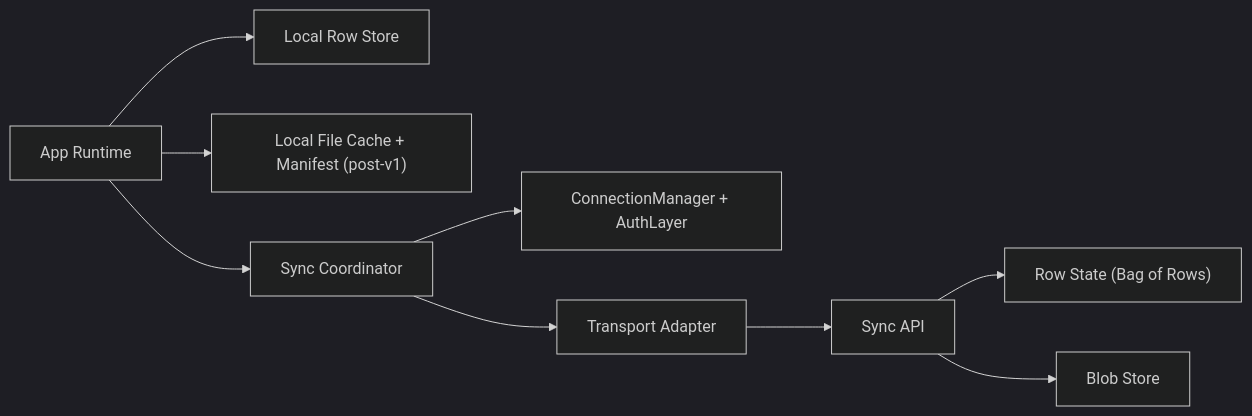
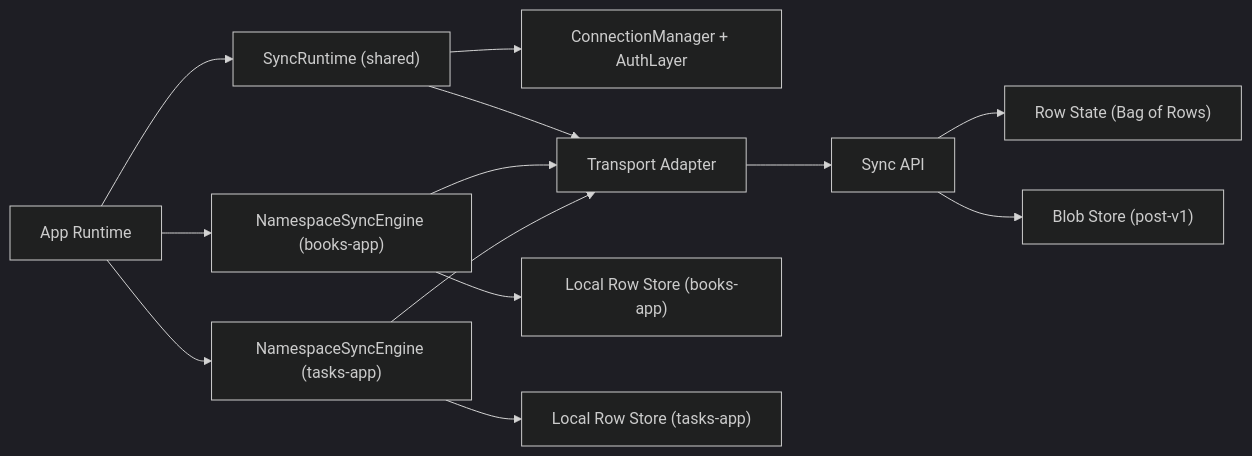
One commit to zsh-eng/sync-engine changed the diagram in docs/RFC-0001-sync-engine-core-architecture.md. Above: the diagram before and after it, drawn with Mermaid (dark theme). The commit also changed other lines of this file, not shown here.

Commit message:
Update RFC to reflect row store handling

````diff
--- a/docs/RFC-0001-sync-engine-core-architecture.md
+++ b/docs/RFC-0001-sync-engine-core-architecture.md
@@ -84,11 +84,15 @@
 ```mermaid
 flowchart LR
-  A["App Runtime"] --> B["Local Row Store"]
-  A --> C["Local File Cache + Manifest (post-v1)"]
-  A --> D["Sync Coordinator"]
-  D --> E["ConnectionManager + AuthLayer"]
-  D --> F["Transport Adapter"]
-  F --> G["Sync API"]
-  G --> H["Row State (Bag of Rows)"]
-  G --> I["Blob Store"]
+  A["App Runtime"] --> B["SyncRuntime (shared)"]
+  B --> C["ConnectionManager + AuthLayer"]
+  B --> D["Transport Adapter"]
+  A --> E["NamespaceSyncEngine (books-app)"]
+  A --> F["NamespaceSyncEngine (tasks-app)"]
+  E --> G["Local Row Store (books-app)"]
+  F --> H["Local Row Store (tasks-app)"]
+  E --> D
+  F --> D
+  D --> I["Sync API"]
+  I --> J["Row State (Bag of Rows)"]
+  I --> K["Blob Store (post-v1)"]
 ```
````
